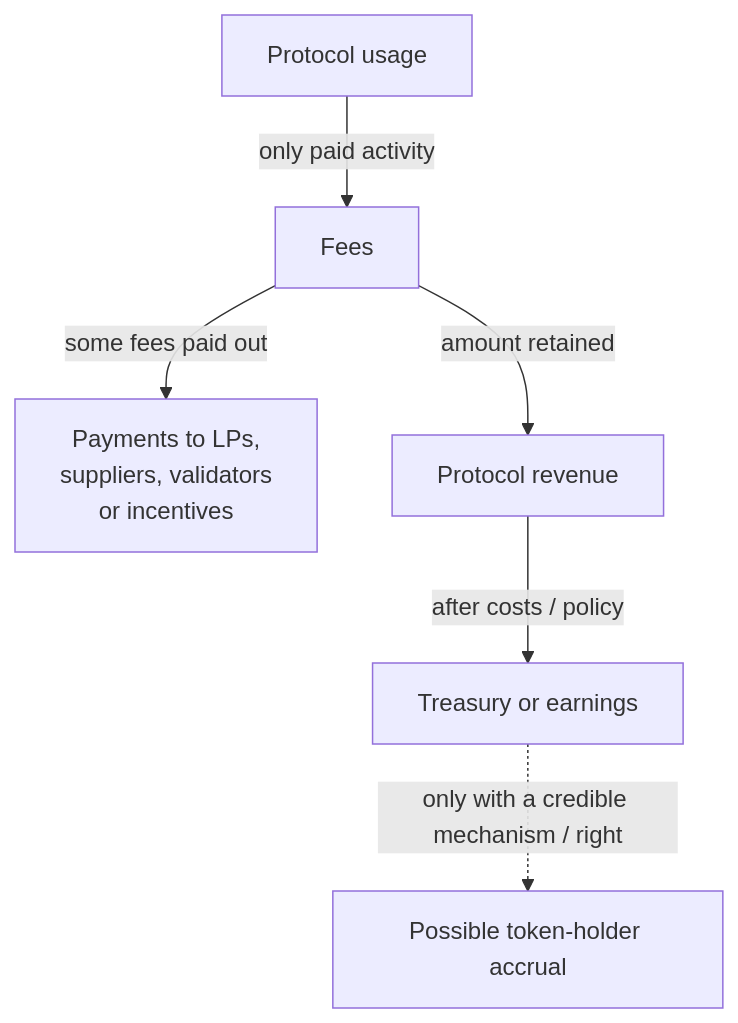
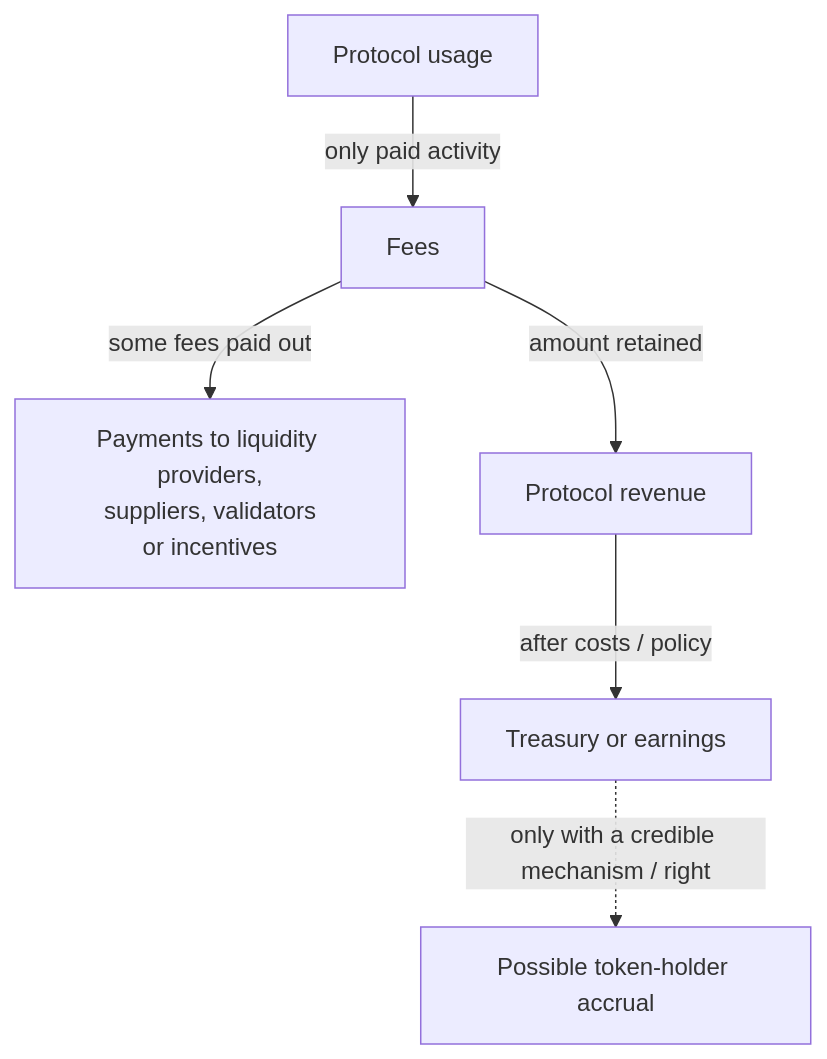
One commit to Blockchain-NTU-SG/academy-handbook changed the diagram in docs/tracks/researcher/week-5/part-5-token-and-incentive-economics.md. Above: the diagram before and after it, drawn with Mermaid. The commit also changed other lines of this file and 15 other files, not shown here.

````diff
--- a/docs/tracks/researcher/week-5/part-5-token-and-incentive-economics.md
+++ b/docs/tracks/researcher/week-5/part-5-token-and-incentive-economics.md
@@ -121,10 +132,10 @@
 ```mermaid
 flowchart TB
   accTitle: Protocol economics and conditional token-holder accrual
   accDescr: Usage may create fees; fees may pay providers or become retained revenue; revenue may form treasury or earnings; any path to token-holder accrual is conditional.
   U["Protocol usage"] -->|"only paid activity"| F["Fees"]
-  F -->|"some fees paid out"| P["Payments to LPs,<br/>suppliers, validators<br/>or incentives"]
+  F -->|"some fees paid out"| P["Payments to liquidity providers,<br/>suppliers, validators<br/>or incentives"]
   F -->|"amount retained"| R["Protocol revenue"]
   R -->|"after costs / policy"| T["Treasury or earnings"]
   T -.->|"only with a credible mechanism / right"| H["Possible token-holder accrual"]
 ```
````
